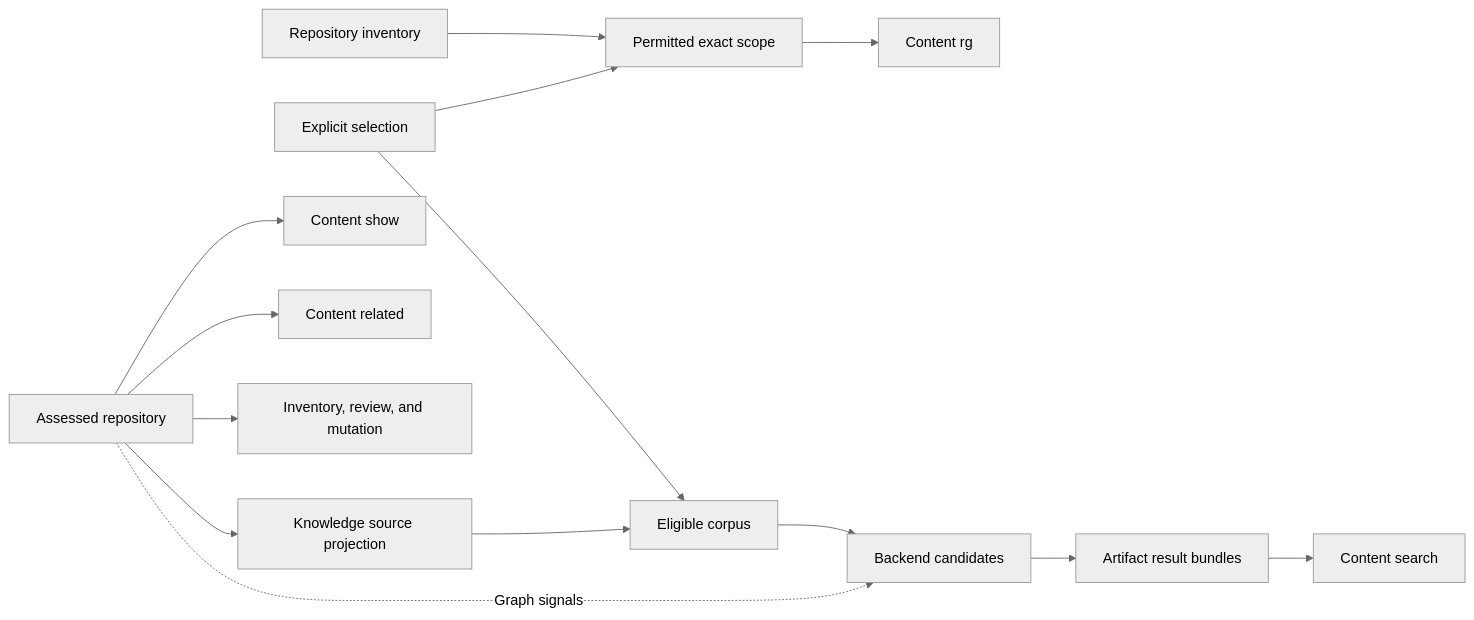
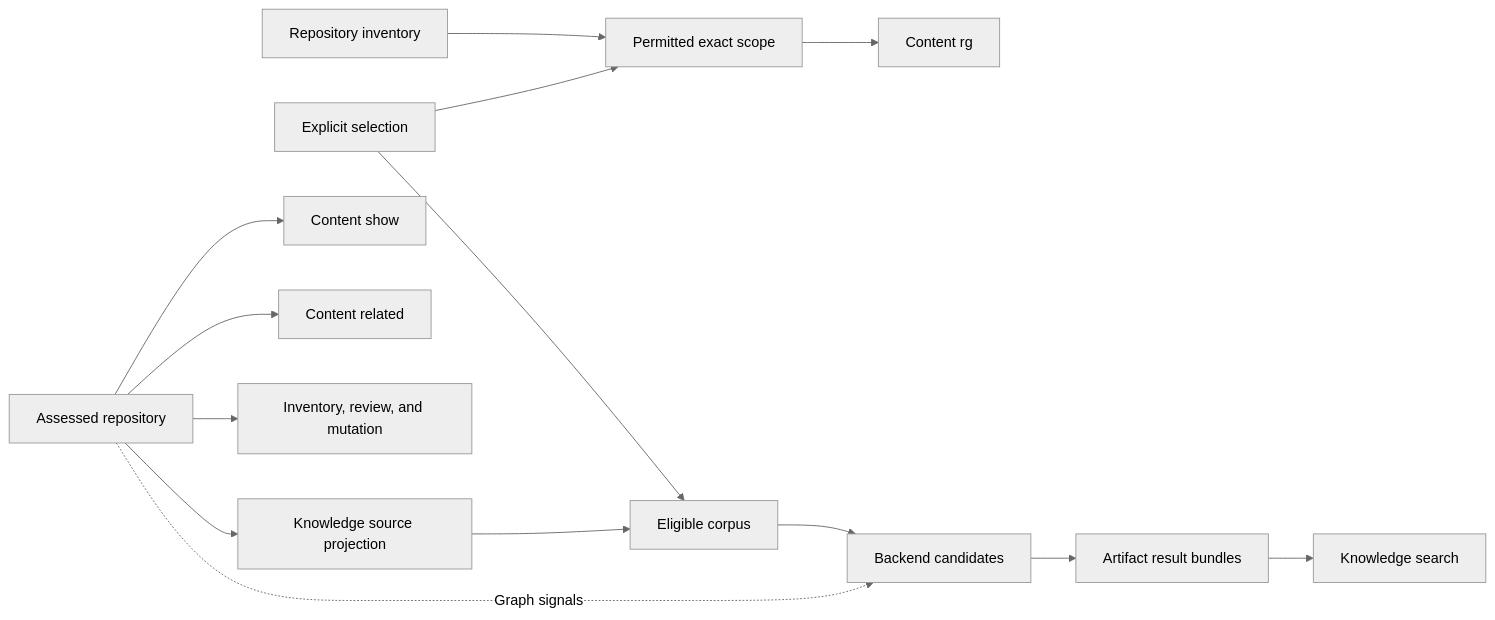
One commit to charlie-labs/charlie-system changed the third of 3 diagrams in architecture-plan.md. Above: the diagram before and after it, drawn with Mermaid (neutral theme). The commit also changed other lines of this file and 37 other files, not shown here.

First line of the commit message:
Retrieve ranked Flywheel Knowledge BOT-12918 (#15)

````diff
--- a/architecture-plan.md
+++ b/architecture-plan.md
@@ -127,35 +127,35 @@
 ```mermaid
 flowchart LR
     inventory["Repository inventory"]
     assessed["Assessed repository"]
     selection["Explicit selection"]
 
     exactScope["Permitted exact scope"]
     exactSearch["Content rg"]
 
     show["Content show"]
     related["Content related"]
     management["Inventory, review, and mutation"]
 
     knowledge["Knowledge source projection"]
     eligibility["Eligible corpus"]
     candidates["Backend candidates"]
     grouping["Artifact result bundles"]
-    rankedSearch["Content search"]
+    rankedSearch["Knowledge search"]
 
     inventory --> exactScope
     selection --> exactScope
     exactScope --> exactSearch
 
     assessed --> show
     assessed --> related
     assessed --> management
 
     assessed --> knowledge
     knowledge --> eligibility
     selection --> eligibility
     eligibility --> candidates
     assessed -.->|"Graph signals"| candidates
     candidates --> grouping
     grouping --> rankedSearch
 ```
````
